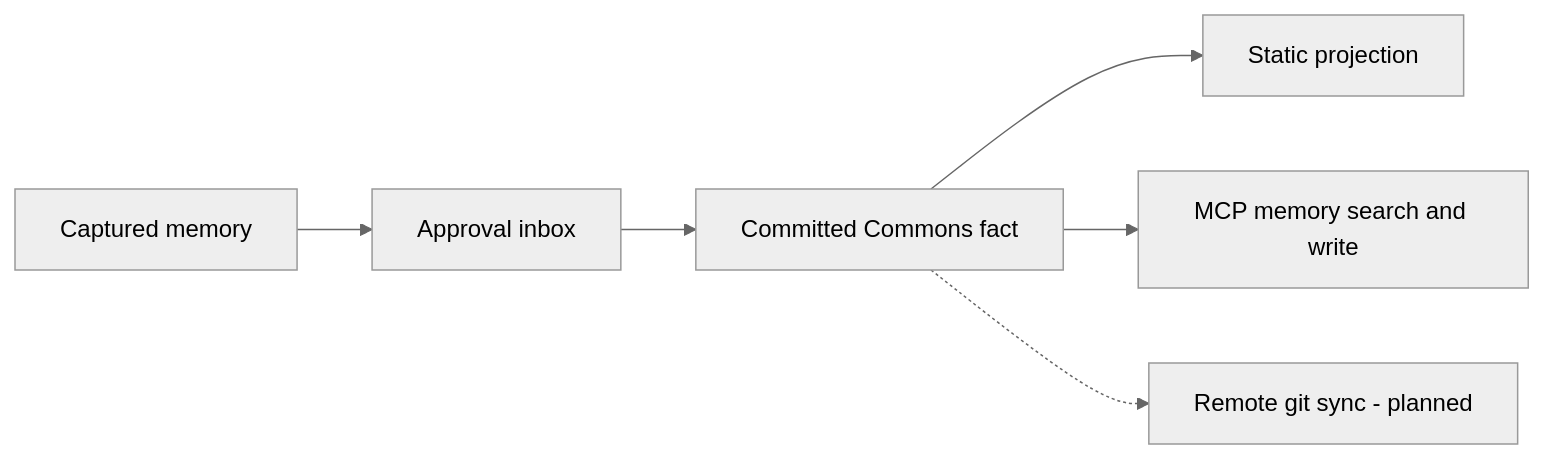
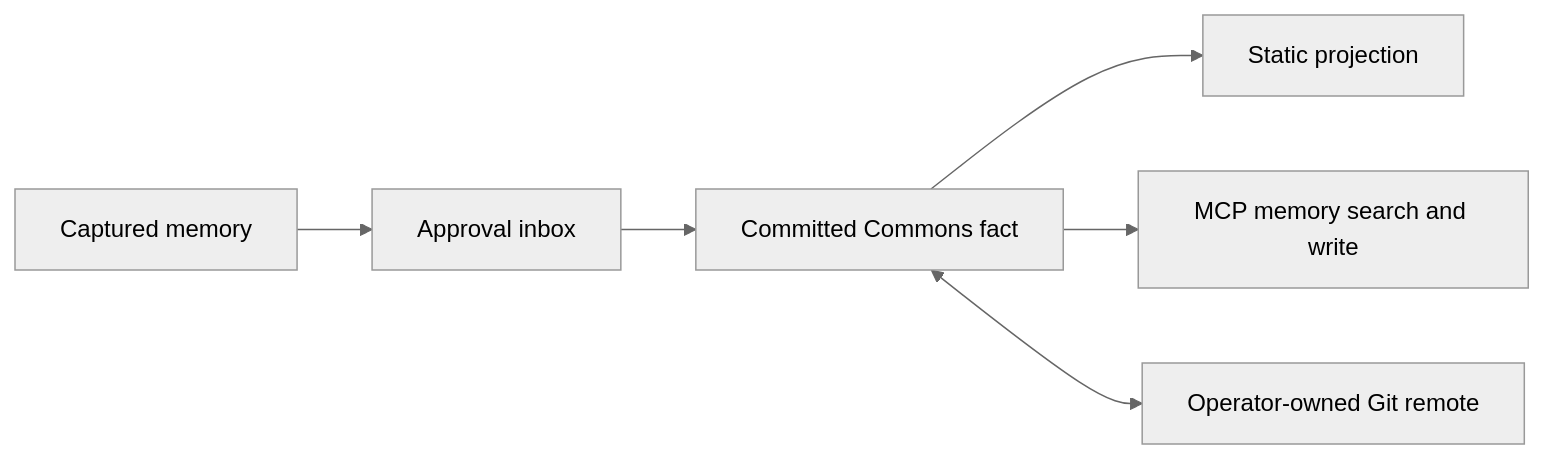
The fourth of 4 diagrams in docs/system-design/commons-and-projections.md (npyrz/Cuesheet), drawn with Mermaid (neutral theme) before and after one commit. The commit also changed other lines of this file and 11 other files, not shown here.

First line of the commit message:
Add global Commons Git sync

````diff
--- a/docs/system-design/commons-and-projections.md
+++ b/docs/system-design/commons-and-projections.md
@@ -85,15 +87,15 @@
 ```mermaid
 flowchart LR
     Capture[Captured memory]
     Inbox[Approval inbox]
     Store[Committed Commons fact]
     Static[Static projection]
     Recall[MCP memory search and write]
-    Sync[Remote git sync - planned]
+    Sync[Operator-owned Git remote]
 
     Capture --> Inbox
     Inbox --> Store
     Store --> Static
     Store --> Recall
-    Store -.-> Sync
+    Store <--> Sync
 ```
````
